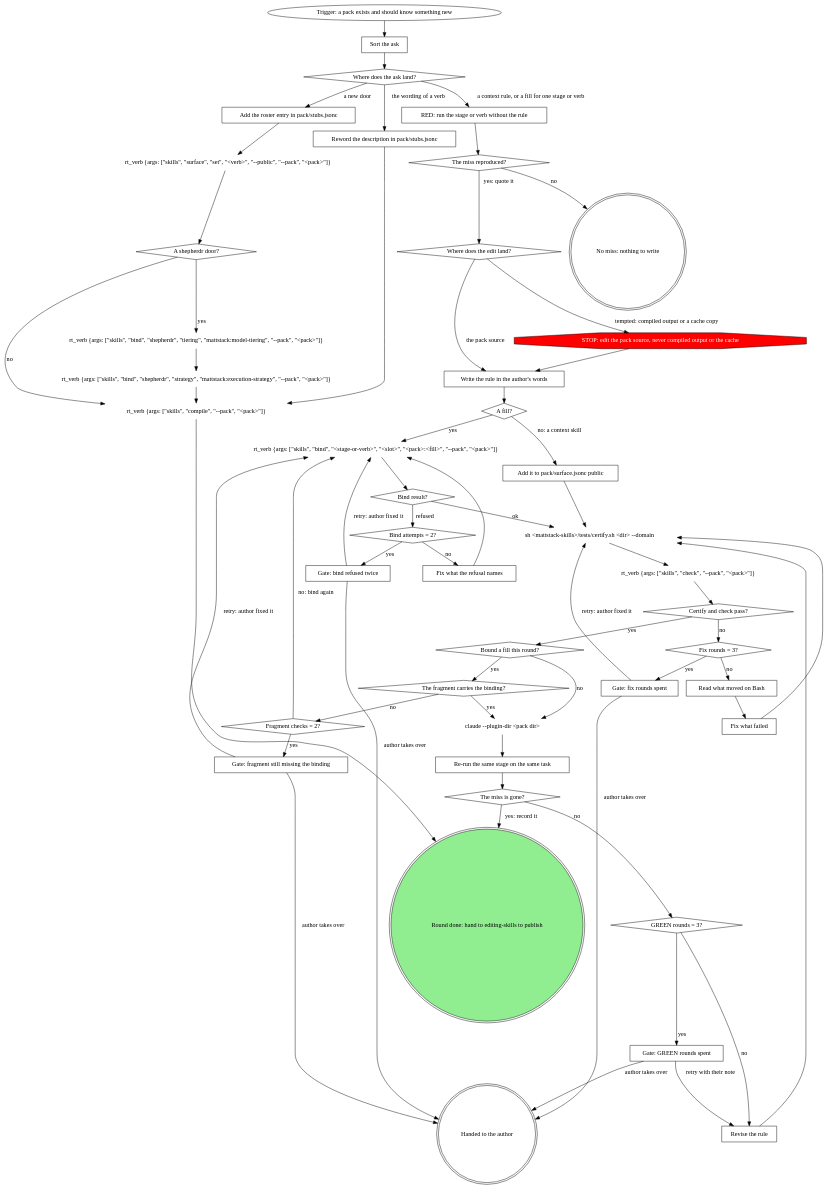
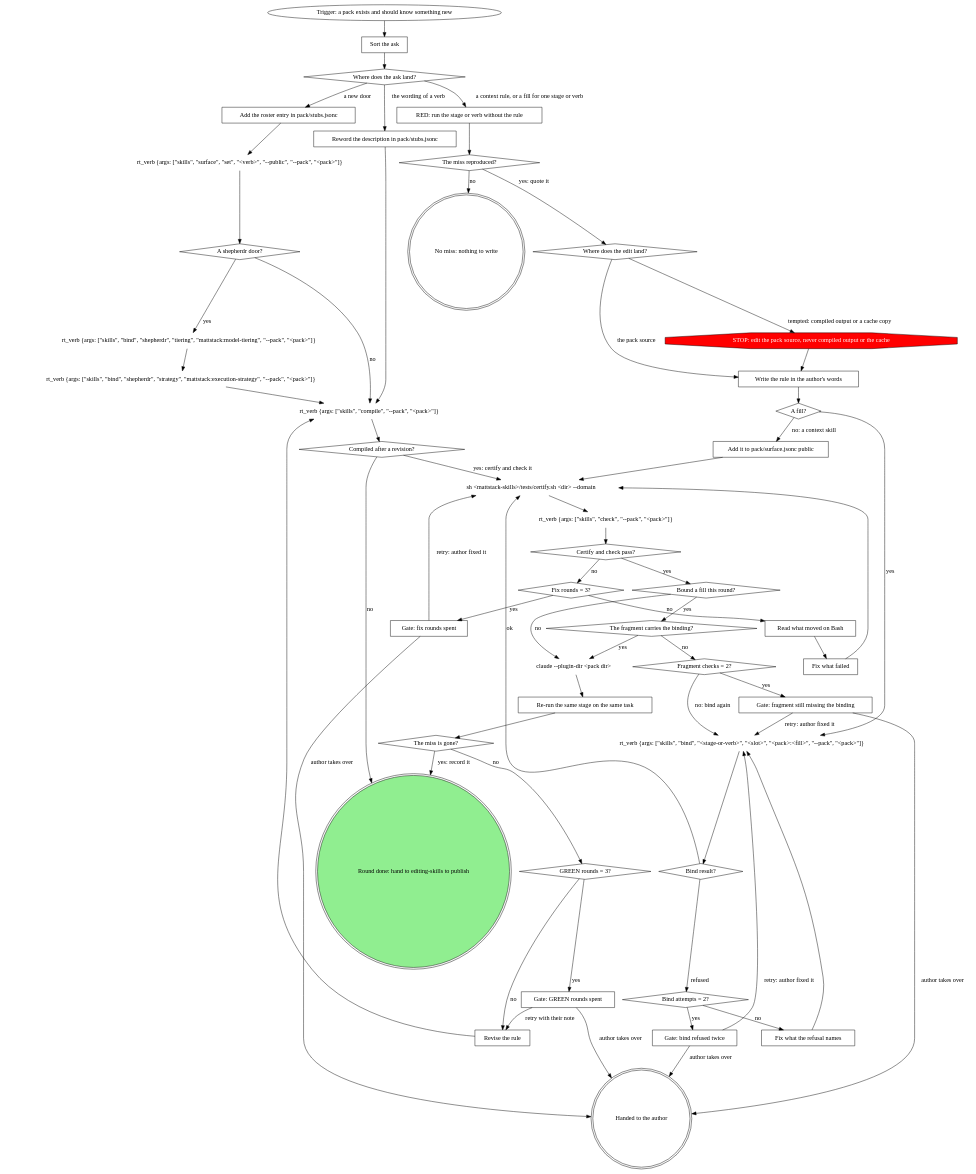
The diagram in plugin/skills/extending-a-pack/SKILL.md (m4ttstack/skills), drawn with Graphviz before and after one commit. The commit also changed other lines of this file, not shown here.

Commit message:
extending-a-pack: compile node after a revised rule, before GREEN

```diff
--- a/plugin/skills/extending-a-pack/SKILL.md
+++ b/plugin/skills/extending-a-pack/SKILL.md
@@ -27,6 +27,7 @@
     "rt_verb {args: [\"skills\", \"bind\", \"shepherdr\", \"strategy\", \"mattstack:execution-strategy\", \"--pack\", \"<pack>\"]}" [shape=plaintext];
     "Reword the description in pack/stubs.jsonc" [shape=box];
     "rt_verb {args: [\"skills\", \"compile\", \"--pack\", \"<pack>\"]}" [shape=plaintext];
+    "Compiled after a revision?" [shape=diamond];
     "RED: run the stage or verb without the rule" [shape=box];
     "The miss reproduced?" [shape=diamond];
     "Where does the edit land?" [shape=diamond];
@@ -72,7 +73,9 @@
     "rt_verb {args: [\"skills\", \"bind\", \"shepherdr\", \"tiering\", \"mattstack:model-tiering\", \"--pack\", \"<pack>\"]}" -> "rt_verb {args: [\"skills\", \"bind\", \"shepherdr\", \"strategy\", \"mattstack:execution-strategy\", \"--pack\", \"<pack>\"]}";
     "rt_verb {args: [\"skills\", \"bind\", \"shepherdr\", \"strategy\", \"mattstack:execution-strategy\", \"--pack\", \"<pack>\"]}" -> "rt_verb {args: [\"skills\", \"compile\", \"--pack\", \"<pack>\"]}";
     "Reword the description in pack/stubs.jsonc" -> "rt_verb {args: [\"skills\", \"compile\", \"--pack\", \"<pack>\"]}";
-    "rt_verb {args: [\"skills\", \"compile\", \"--pack\", \"<pack>\"]}" -> "Round done: hand to editing-skills to publish";
+    "rt_verb {args: [\"skills\", \"compile\", \"--pack\", \"<pack>\"]}" -> "Compiled after a revision?";
+    "Compiled after a revision?" -> "Round done: hand to editing-skills to publish" [label="no"];
+    "Compiled after a revision?" -> "sh <mattstack-skills>/tests/certify.sh <dir> --domain" [label="yes: certify and check it"];
     "RED: run the stage or verb without the rule" -> "The miss reproduced?";
     "The miss reproduced?" -> "Where does the edit land?" [label="yes: quote it"];
     "The miss reproduced?" -> "No miss: nothing to write" [label="no"];
@@ -115,7 +118,7 @@
     "The miss is gone?" -> "GREEN rounds = 3?" [label="no"];
     "GREEN rounds = 3?" -> "Revise the rule" [label="no"];
     "GREEN rounds = 3?" -> "Gate: GREEN rounds spent" [label="yes"];
-    "Revise the rule" -> "sh <mattstack-skills>/tests/certify.sh <dir> --domain";
+    "Revise the rule" -> "rt_verb {args: [\"skills\", \"compile\", \"--pack\", \"<pack>\"]}";
     "Gate: GREEN rounds spent" -> "Revise the rule" [label="retry with their note"];
     "Gate: GREEN rounds spent" -> "Handed to the author" [label="author takes over"];
 }
```
